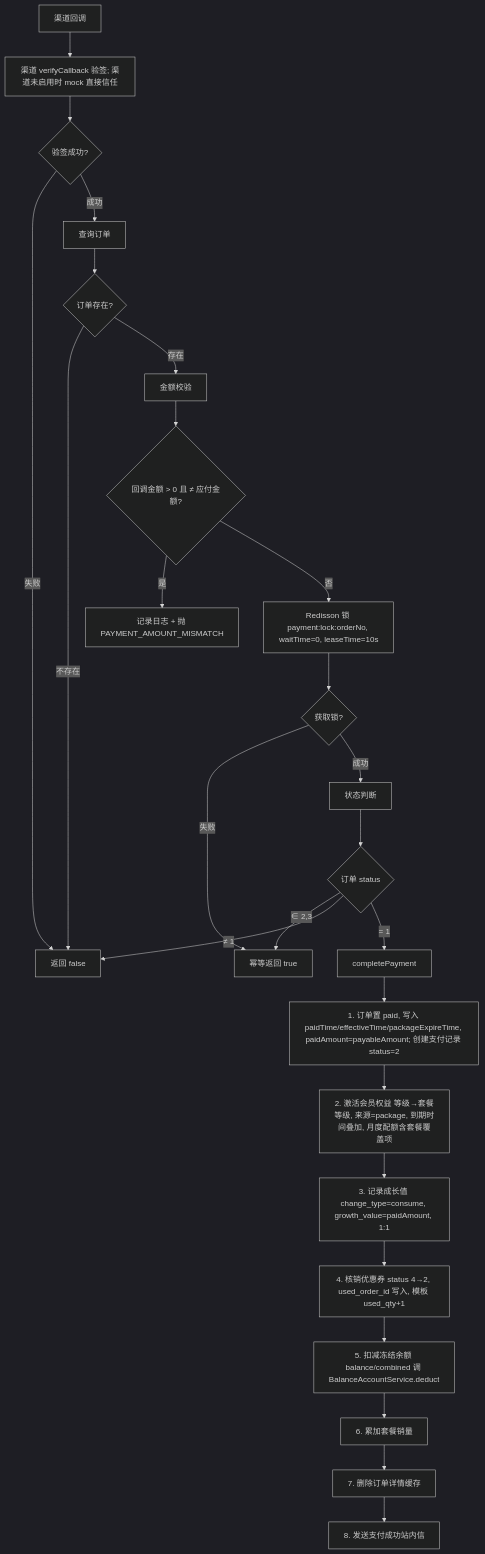
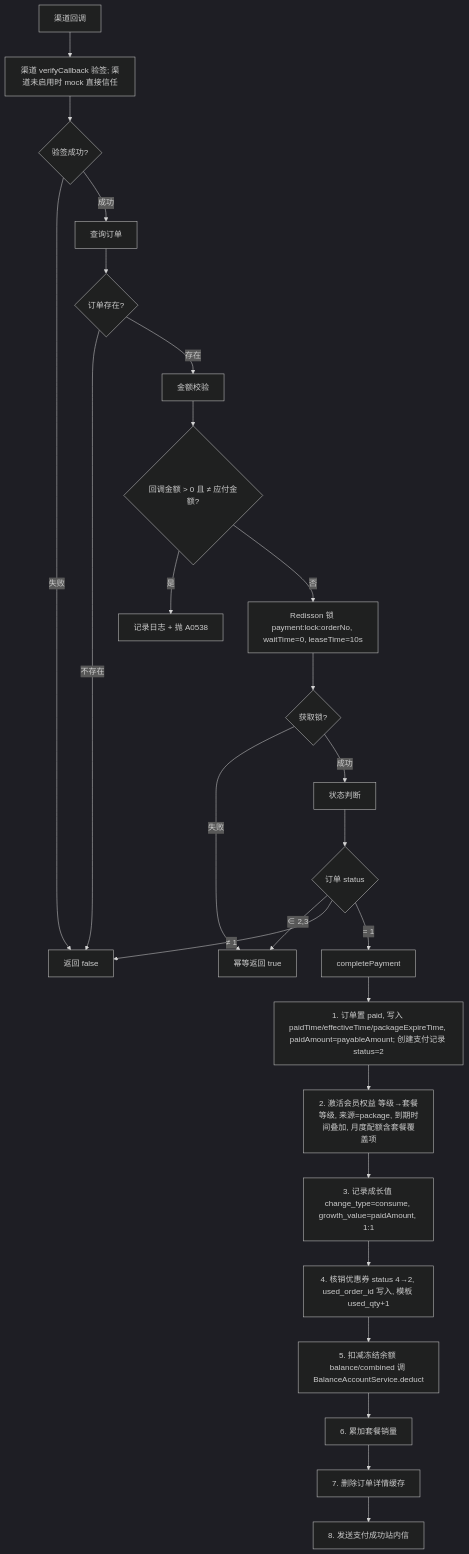
One commit to earthy-zinc/dehaze-system changed the first of 3 diagrams in dehaze-doc/docs/03-模块设计/基础模块/订单管理/后端实现.md. Above: the diagram before and after it, drawn with Mermaid (dark theme). The commit also changed other lines of this file and 39 other files, not shown here.

````diff
--- a/dehaze-doc/docs/03-模块设计/基础模块/订单管理/后端实现.md
+++ b/dehaze-doc/docs/03-模块设计/基础模块/订单管理/后端实现.md
@@ -144,28 +144,28 @@
 ```mermaid
 flowchart TD
     A[渠道回调] --> B["渠道 verifyCallback 验签; 渠道未启用时 mock 直接信任"]
     B --> C{验签成功?}
     C -->|失败| R1[返回 false]
     C -->|成功| D[查询订单]
     D --> E{订单存在?}
     E -->|不存在| R1
     E -->|存在| F[金额校验]
     F --> G{"回调金额 > 0 且 ≠ 应付金额?"}
-    G -->|是| J["记录日志 + 抛 PAYMENT_AMOUNT_MISMATCH"]
+    G -->|是| J["记录日志 + 抛 A0538"]
     G -->|否| K["Redisson 锁 payment:lock:orderNo, waitTime=0, leaseTime=10s"]
     K --> L{获取锁?}
     L -->|失败| R2[幂等返回 true]
     L -->|成功| M[状态判断]
     M --> N{订单 status}
     N -->|"∈ 2,3"| R2
     N -->|≠ 1| R1
     N -->|= 1| O[completePayment]
     O --> O1["1. 订单置 paid, 写入 paidTime/effectiveTime/packageExpireTime, paidAmount=payableAmount; 创建支付记录 status=2"]
     O1 --> O2["2. 激活会员权益 等级→套餐等级, 来源=package, 到期时间叠加, 月度配额含套餐覆盖项"]
     O2 --> O3["3. 记录成长值 change_type=consume, growth_value=paidAmount, 1:1"]
     O3 --> O4["4. 核销优惠券 status 4→2, used_order_id 写入, 模板 used_qty+1"]
     O4 --> O5["5. 扣减冻结余额 balance/combined 调 BalanceAccountService.deduct"]
     O5 --> O6[6. 累加套餐销量]
     O6 --> O7[7. 删除订单详情缓存]
     O7 --> O8["8. 发送支付成功站内信"]
 ```
````
